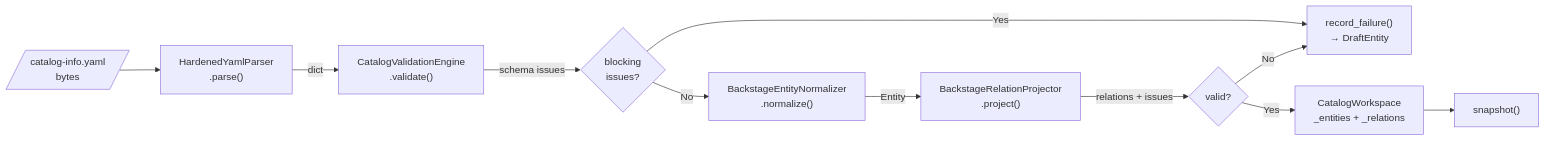
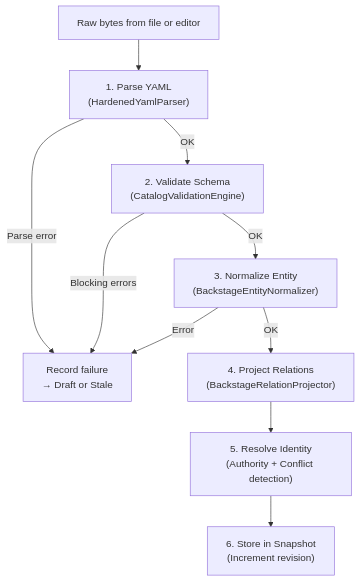
Before and after one commit to nthaihoc/cortex-ml: the third of 3 diagrams in docs/architecture/data-flow.md, drawn with Mermaid. The commit also changed other lines of this file and 57 other files, not shown here.

````diff
--- a/docs/architecture/data-flow.md
+++ b/docs/architecture/data-flow.md
@@ -12,13 +99,13 @@
 ```mermaid
-flowchart LR
-    A[/"catalog-info.yaml\nbytes"/] --> B["HardenedYamlParser\n.parse()"]
-    B -->|dict| C["CatalogValidationEngine\n.validate()"]
-    C -->|schema issues| D{blocking\nissues?}
-    D -->|Yes| E["record_failure()\n→ DraftEntity"]
-    D -->|No| F["BackstageEntityNormalizer\n.normalize()"]
-    F -->|Entity| G["BackstageRelationProjector\n.project()"]
-    G -->|relations + issues| H{valid?}
-    H -->|No| E
-    H -->|Yes| I["CatalogWorkspace\n_entities + _relations"]
-    I --> J["snapshot()"]
+flowchart TD
+    INPUT["Raw bytes from file or editor"] --> PARSE["1. Parse YAML\n(HardenedYamlParser)"]
+    PARSE -->|Parse error| FAIL["Record failure\n→ Draft or Stale"]
+    PARSE -->|OK| VALIDATE["2. Validate Schema\n(CatalogValidationEngine)"]
+    VALIDATE -->|Blocking errors| FAIL
+    VALIDATE -->|OK| NORMALIZE["3. Normalize Entity\n(BackstageEntityNormalizer)"]
+    NORMALIZE -->|Error| FAIL
+    NORMALIZE -->|OK| PROJECT["4. Project Relations\n(BackstageRelationProjector)"]
+    PROJECT --> RESOLVE["5. Resolve Identity\n(Authority + Conflict detection)"]
+    RESOLVE --> STORE["6. Store in Snapshot\n(Increment revision)"]
+
 ```
````
